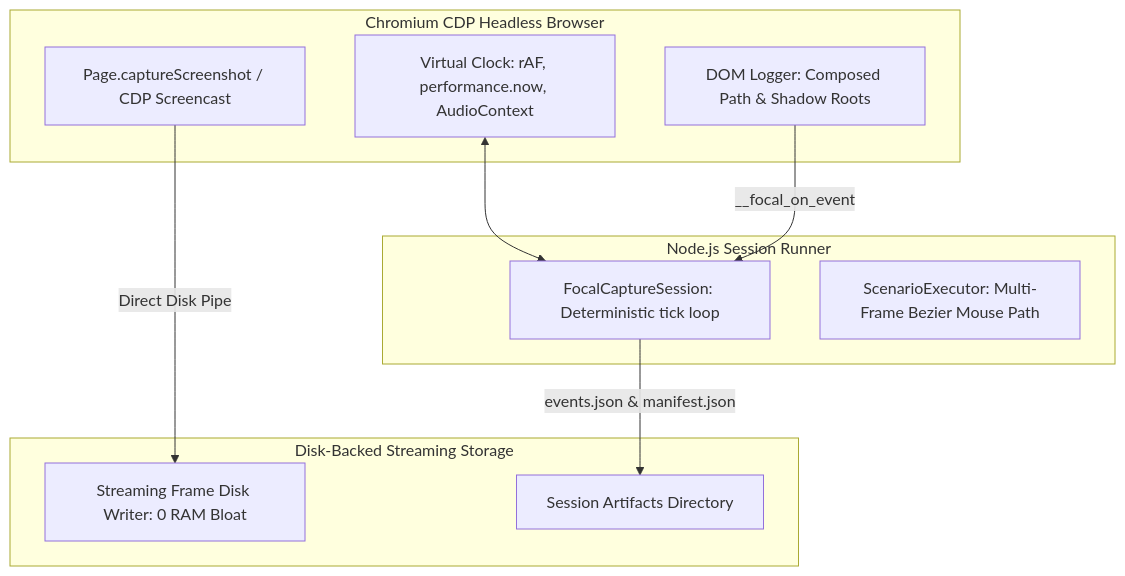
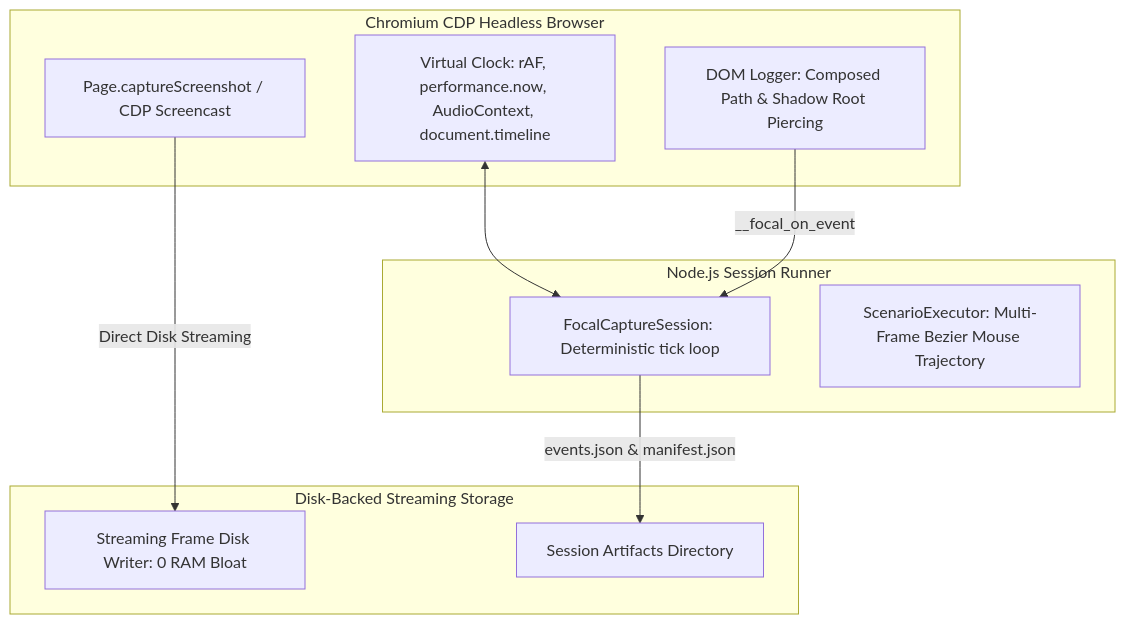
Before and after one commit to dhaatrik/focal-dom: the diagram in TODO/Improve_Capture_Playwright.md, drawn with Mermaid. The commit also changed other lines of this file, not shown here.

Commit message:
docs(plan): refine Improve_Capture_Playwright roadmap with granular phases and subphase checklists

````diff
--- a/TODO/Improve_Capture_Playwright.md
+++ b/TODO/Improve_Capture_Playwright.md
@@ -58,20 +58,20 @@
 ```mermaid
 flowchart TD
     subgraph Browser_Context [Chromium CDP Headless Browser]
-        V_CLOCK[Virtual Clock: rAF, performance.now, AudioContext]
-        D_LOGGER[DOM Logger: Composed Path & Shadow Roots]
+        V_CLOCK[Virtual Clock: rAF, performance.now, AudioContext, document.timeline]
+        D_LOGGER[DOM Logger: Composed Path & Shadow Root Piercing]
         CDP_PAGE[Page.captureScreenshot / CDP Screencast]
     end
 
     subgraph Runner_Engine [Node.js Session Runner]
         SESSION[FocalCaptureSession: Deterministic tick loop]
-        EXEC[ScenarioExecutor: Multi-Frame Bezier Mouse Path]
+        EXEC[ScenarioExecutor: Multi-Frame Bezier Mouse Trajectory]
         V_CLOCK <--> SESSION
         D_LOGGER -->|__focal_on_event| SESSION
     end
 
     subgraph Streaming_Storage [Disk-Backed Streaming Storage]
-        CDP_PAGE -->|Direct Disk Pipe| STREAM_WRITER[Streaming Frame Disk Writer: 0 RAM Bloat]
+        CDP_PAGE -->|Direct Disk Streaming| STREAM_WRITER[Streaming Frame Disk Writer: 0 RAM Bloat]
         SESSION -->|events.json & manifest.json| ARTIFACTS[Session Artifacts Directory]
     end
 ```
````
